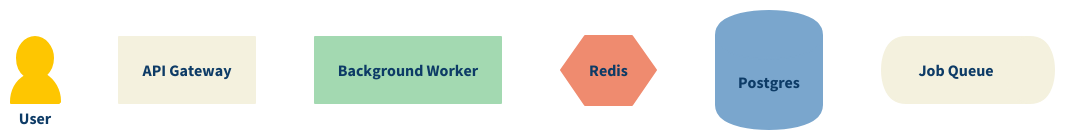
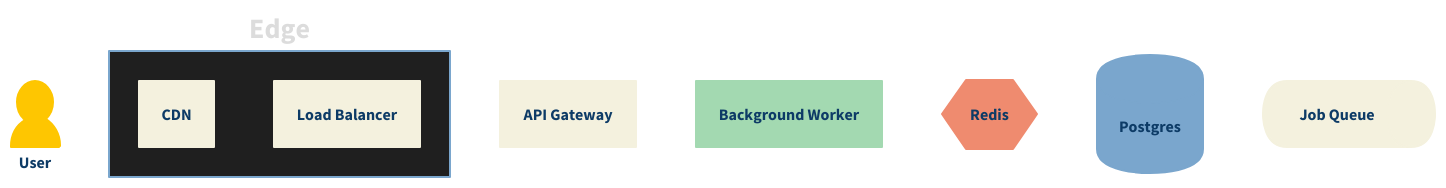
The diagram in example/nodes.d2 (Sotilrac/daedalus), drawn with D2 before and after one commit. The commit also changed 9 other files, not shown here.

Commit message:
fixes render of nodes containing nodes, fixes resizing, makes more complex example graph, make canvas infinite

```diff
--- a/example/nodes.d2
+++ b/example/nodes.d2
@@ -1,56 +1,82 @@
 user: User {
   shape: person
   style: {
     fill: "#fec601"
     stroke: "#fec601"
     font-color: "#0d3b66"
+  }
+}
+
+edge: Edge {
+  style: {
+    stroke: "#7aa6cd"
+    stroke-width: 2
+    fill: "#1f1f1f"
+    font-color: "#dcdcdc"
+    bold: true
+  }
+
+  cdn: CDN {
+    style: {
+      fill: "#f4f1de"
+      stroke: "#f4f1de"
+      font-color: "#0d3b66"
+    }
+  }
+
+  lb: Load Balancer {
+    style: {
+      fill: "#f4f1de"
+      stroke: "#f4f1de"
+      font-color: "#0d3b66"
+    }
   }
 }
 
 api: API Gateway {
   style: {
     fill: "#f4f1de"
     stroke: "#f4f1de"
     stroke-width: 2
     font-color: "#0d3b66"
     bold: true
   }
 }
 
 worker: Background Worker {
   style: {
     fill: "#a3d9b1"
     stroke: "#a3d9b1"
     font-color: "#0d3b66"
   }
 }
 
 cache: Redis {
   shape: hexagon
   style: {
     fill: "#ef8b6f"
     stroke: "#ef8b6f"
     font-color: "#0d3b66"
     bold: true
   }
 }
 
 db: Postgres {
   shape: cylinder
   style: {
     fill: "#7aa6cd"
     stroke: "#7aa6cd"
     stroke-width: 2
     font-color: "#0d3b66"
     bold: true
   }
 }
 
 queue: Job Queue {
   shape: queue
   style: {
     fill: "#f4f1de"
     stroke: "#f4f1de"
     font-color: "#0d3b66"
   }
 }
```
